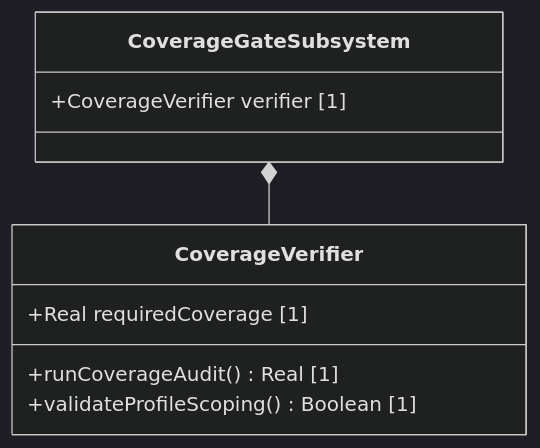
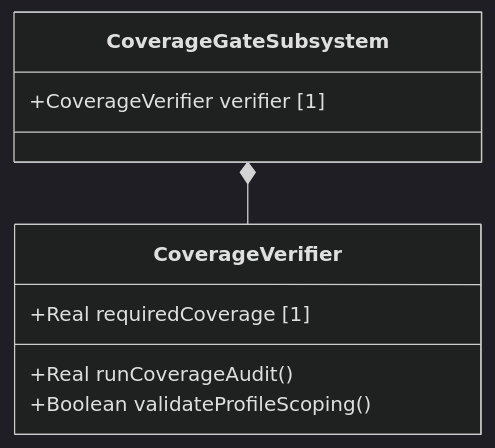
One commit to gintatkinson/digital-pipeline-repo changed the diagram in docs/features/feat-27-coverage-gate.md. Above: the diagram before and after it, drawn with Mermaid (dark theme). The commit also changed 16 other files, not shown here.

Commit message:
feat: implement fix_mermaid_colons.py and repair existing Mermaid class diagrams

````diff
--- a/docs/features/feat-27-coverage-gate.md
+++ b/docs/features/feat-27-coverage-gate.md
@@ -12,12 +12,12 @@
 ```mermaid
 classDiagram
     class CoverageGateSubsystem {
         +CoverageVerifier verifier [1]
     }
     class CoverageVerifier {
         +Real requiredCoverage [1]
-        +runCoverageAudit() Real [1]
-        +validateProfileScoping() Boolean [1]
+        +Real runCoverageAudit()
+        +Boolean validateProfileScoping()
     }
     CoverageGateSubsystem *-- CoverageVerifier
 ```
````
